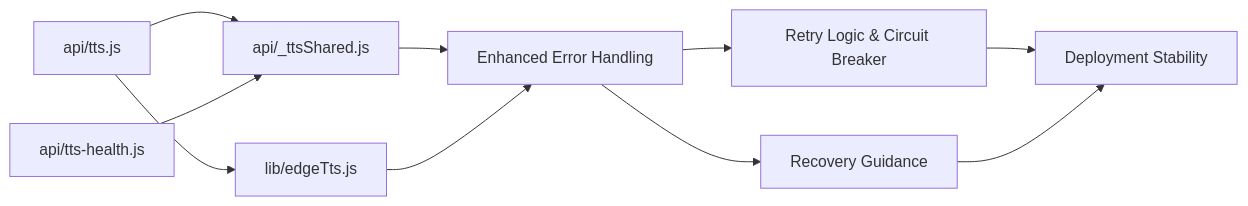
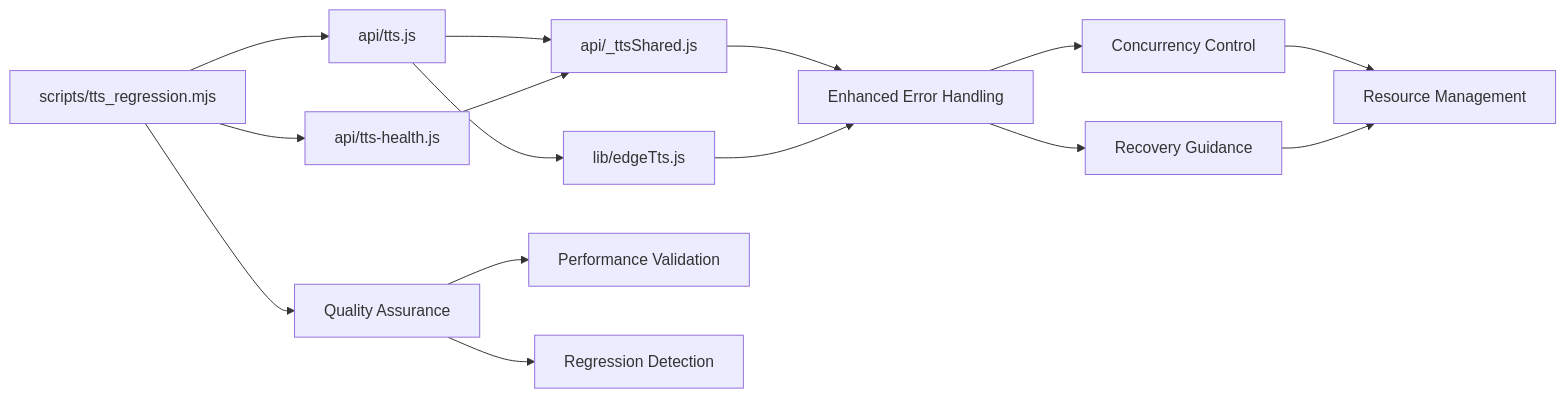
The sixth of 6 diagrams in .qoder/repowiki/en/content/API Reference/Text-to-Speech API.md (zmyeo54/briefroom), drawn with Mermaid before and after one commit. The commit also changed other lines of this file and 13 other files, not shown here.

````diff
--- a/.qoder/repowiki/en/content/API Reference/Text-to-Speech API.md
+++ b/.qoder/repowiki/en/content/API Reference/Text-to-Speech API.md
@@ -375,12 +449,17 @@
 ```mermaid
 graph LR
 A["api/tts.js"] --> B["api/_ttsShared.js"]
 A --> C["lib/edgeTts.js"]
 D["api/tts-health.js"] --> B
-B --> E["Enhanced Error Handling"]
-C --> E
-E --> F["Retry Logic & Circuit Breaker"]
-F --> G["Deployment Stability"]
-E --> H["Recovery Guidance"]
-H --> G
+E["scripts/tts_regression.mjs"] --> A
+E --> D
+B --> F["Enhanced Error Handling"]
+C --> F
+F --> G["Concurrency Control"]
+G --> H["Resource Management"]
+F --> I["Recovery Guidance"]
+I --> H
+E --> J["Quality Assurance"]
+J --> K["Performance Validation"]
+J --> L["Regression Detection"]
 ```
````
